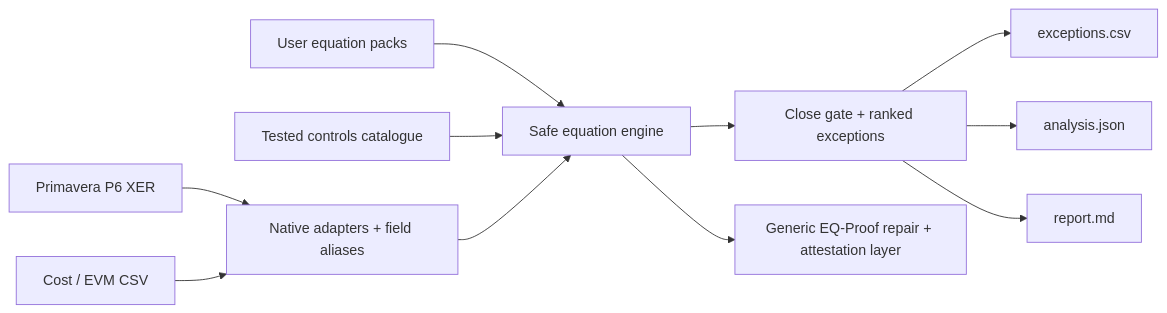
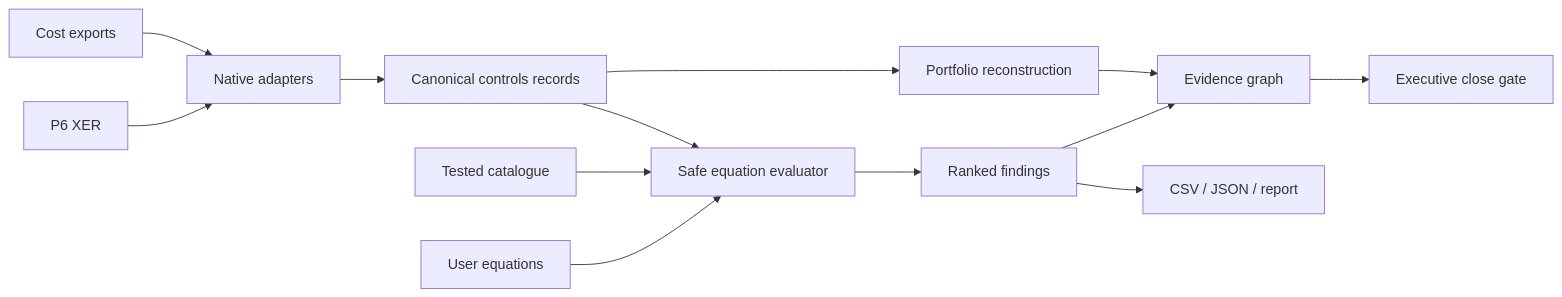
Before and after one commit to FlorianStuettgen/EQ-Proof: the diagram in README.md, drawn with Mermaid. The commit also changed other lines of this file, not shown here.

Commit message:
Lead EQ-Proof with the working Control Room

````diff
--- a/README.md
+++ b/README.md
@@ -144,13 +208,15 @@
 ```mermaid
 flowchart LR
-    P6[Primavera P6 XER] --> ADAPTERS[Native adapters + field aliases]
-    COST[Cost / EVM CSV] --> ADAPTERS
-    USER[User equation packs] --> ENGINE[Safe equation engine]
-    CATALOGUE[Tested controls catalogue] --> ENGINE
-    ADAPTERS --> ENGINE
-    ENGINE --> GATE[Close gate + ranked exceptions]
-    GATE --> CSV[exceptions.csv]
-    GATE --> JSON[analysis.json]
-    GATE --> REPORT[report.md]
-    ENGINE --> PROOF[Generic EQ-Proof repair + attestation layer]
+    P6[P6 XER] --> ADAPTERS[Native adapters]
+    COST[Cost exports] --> ADAPTERS
+    USER[User equations] --> SAFE[Safe equation evaluator]
+    CAT[Tested catalogue] --> SAFE
+    ADAPTERS --> MODEL[Canonical controls records]
+    MODEL --> SAFE
+    SAFE --> FINDINGS[Ranked findings]
+    MODEL --> RECON[Portfolio reconstruction]
+    FINDINGS --> GRAPH[Evidence graph]
+    RECON --> GRAPH
+    GRAPH --> GATE[Executive close gate]
+    FINDINGS --> EXPORT[CSV / JSON / report]
 ```
````
